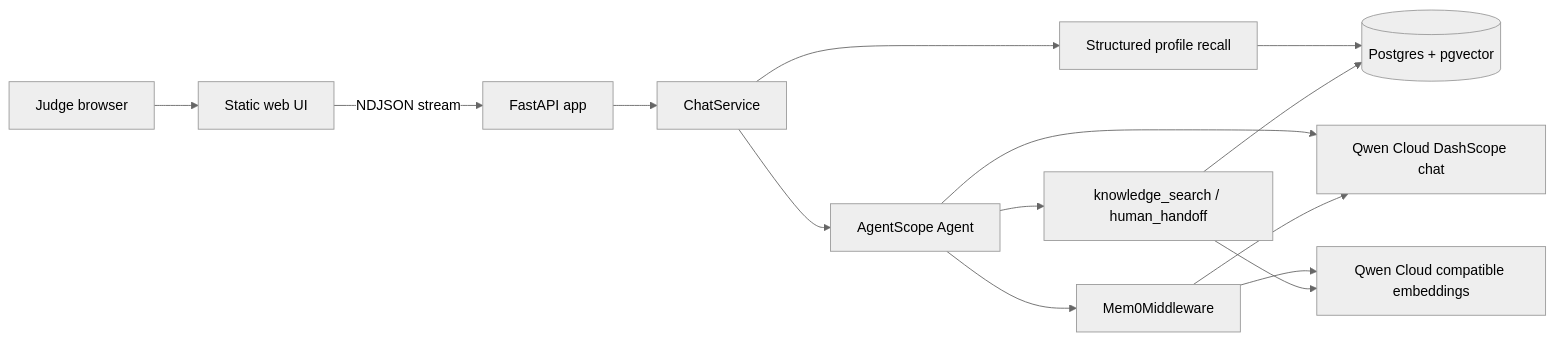
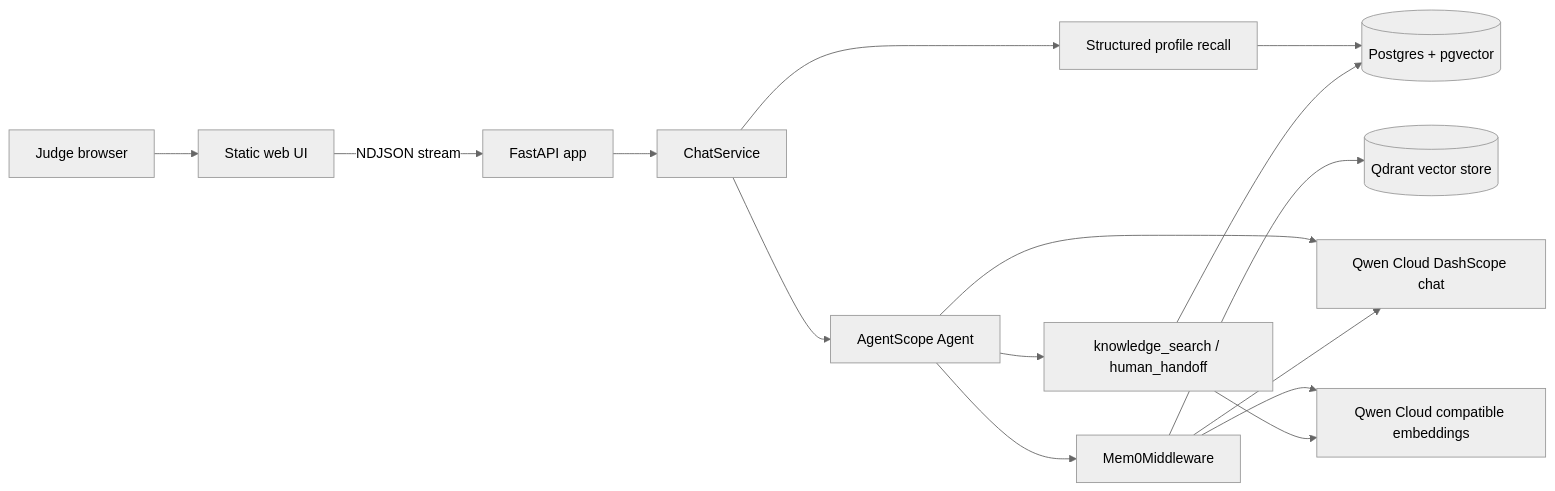
Before and after one commit to JOY/DOSClaw-Qwen: the diagram in ARCHITECTURE.md, drawn with Mermaid (neutral theme). The commit also changed other lines of this file and 11 other files, not shown here.

````diff
--- a/ARCHITECTURE.md
+++ b/ARCHITECTURE.md
@@ -7,16 +7,17 @@
 ```mermaid
 flowchart LR
   Judge[Judge browser] --> UI[Static web UI]
   UI -->|NDJSON stream| API[FastAPI app]
   API --> Service[ChatService]
   Service --> Profile[Structured profile recall]
   Service --> Agent[AgentScope Agent]
   Agent --> Mem0[Mem0Middleware]
   Agent --> Tools[knowledge_search / human_handoff]
   Profile --> PG[(Postgres + pgvector)]
+  Mem0 --> Qdrant[(Qdrant vector store)]
   Tools --> PG
 Agent --> Qwen[Qwen Cloud DashScope chat]
 Mem0 --> Qwen
 Mem0 --> Embed[Qwen Cloud compatible embeddings]
 Tools --> Embed
 ```
````
